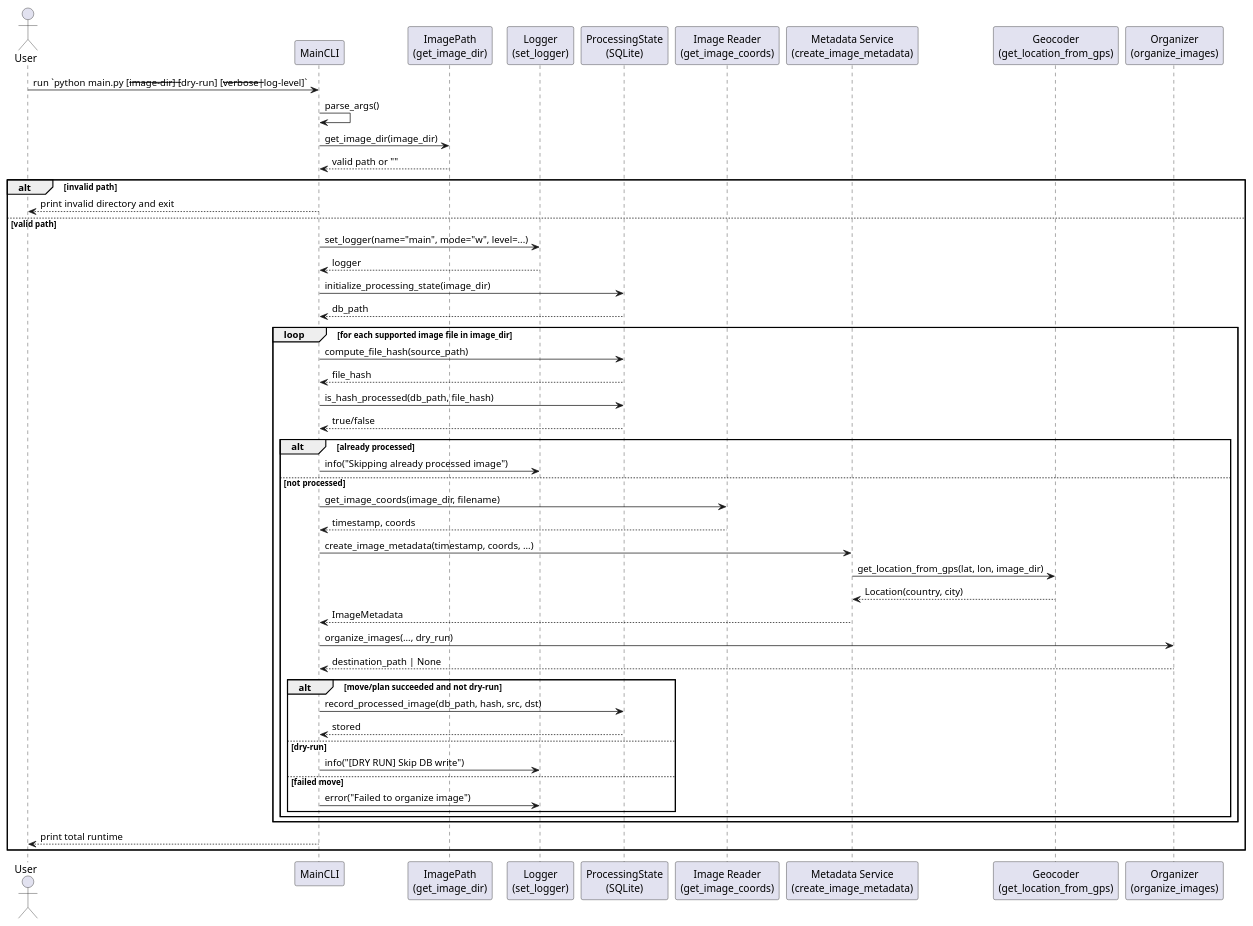
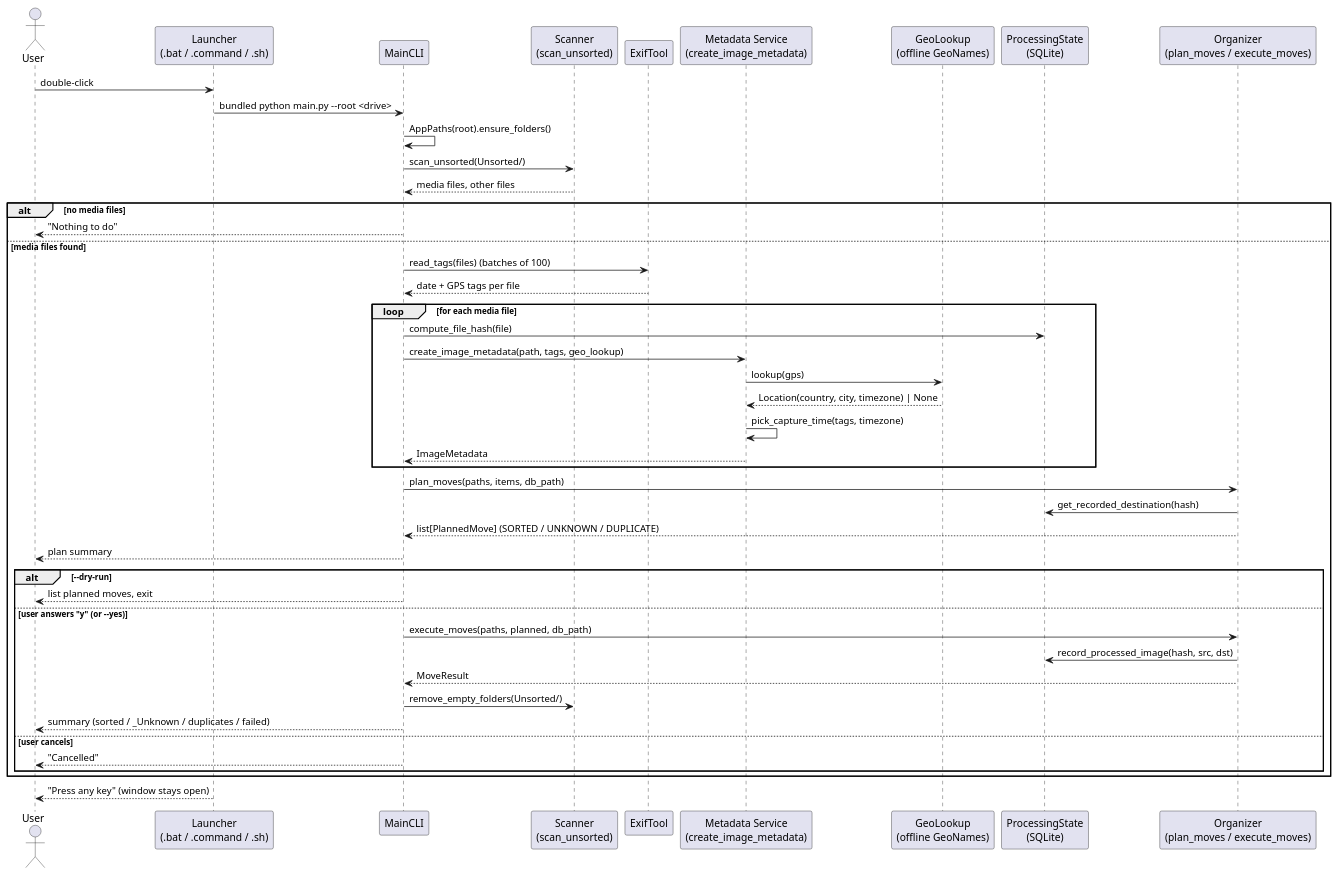
Before and after one commit to ansandnes/image-sorter: the diagram in assets/architecture/diagrams/run_flow.wsd, drawn with PlantUML. The commit also changed 39 other files, not shown here.

First line of the commit message:
Make image sorter portable: run from a USB drive on any OS

```diff
--- a/assets/architecture/diagrams/run_flow.wsd
+++ b/assets/architecture/diagrams/run_flow.wsd
@@ -1,61 +1,54 @@
 @startuml Image-Sorter-Run-Flow
 
 actor User
+participant "Launcher\n(.bat / .command / .sh)" as Launcher
 participant MainCLI
-participant "ImagePath\n(get_image_dir)" as ImagePath
-participant "Logger\n(set_logger)" as Logger
+participant "Scanner\n(scan_unsorted)" as Scanner
+participant "ExifTool" as ExifTool
+participant "Metadata Service\n(create_image_metadata)" as MetadataService
+participant "GeoLookup\n(offline GeoNames)" as GeoLookup
 participant "ProcessingState\n(SQLite)" as ProcessingState
-participant "Image Reader\n(get_image_coords)" as ImageReader
-participant "Metadata Service\n(create_image_metadata)" as MetadataService
-participant "Geocoder\n(get_location_from_gps)" as Geocoder
-participant "Organizer\n(organize_images)" as Organizer
+participant "Organizer\n(plan_moves / execute_moves)" as Organizer
 
-User -> MainCLI: run `python main.py [--image-dir] [--dry-run] [--verbose|--log-level]`
-MainCLI -> MainCLI: parse_args()
-MainCLI -> ImagePath: get_image_dir(image_dir)
-ImagePath --> MainCLI: valid path or ""
+User -> Launcher: double-click
+Launcher -> MainCLI: bundled python main.py --root <drive>
+MainCLI -> MainCLI: AppPaths(root).ensure_folders()
+MainCLI -> Scanner: scan_unsorted(Unsorted/)
+Scanner --> MainCLI: media files, other files
 
-alt invalid path
-    MainCLI --> User: print invalid directory and exit
-else valid path
-    MainCLI -> Logger: set_logger(name="main", mode="w", level=...)
-    Logger --> MainCLI: logger
-    MainCLI -> ProcessingState: initialize_processing_state(image_dir)
-    ProcessingState --> MainCLI: db_path
+alt no media files
+    MainCLI --> User: "Nothing to do"
+else media files found
+    MainCLI -> ExifTool: read_tags(files) (batches of 100)
+    ExifTool --> MainCLI: date + GPS tags per file
 
-    loop for each supported image file in image_dir
-        MainCLI -> ProcessingState: compute_file_hash(source_path)
-        ProcessingState --> MainCLI: file_hash
-
-        MainCLI -> ProcessingState: is_hash_processed(db_path, file_hash)
-        ProcessingState --> MainCLI: true/false
-
-        alt already processed
-            MainCLI -> Logger: info("Skipping already processed image")
-        else not processed
-            MainCLI -> ImageReader: get_image_coords(image_dir, filename)
-            ImageReader --> MainCLI: timestamp, coords
-
-            MainCLI -> MetadataService: create_image_metadata(timestamp, coords, ...)
-            MetadataService -> Geocoder: get_location_from_gps(lat, lon, image_dir)
-            Geocoder --> MetadataService: Location(country, city)
-            MetadataService --> MainCLI: ImageMetadata
-
-            MainCLI -> Organizer: organize_images(..., dry_run)
-            Organizer --> MainCLI: destination_path | None
-
-            alt move/plan succeeded and not dry-run
-                MainCLI -> ProcessingState: record_processed_image(db_path, hash, src, dst)
-                ProcessingState --> MainCLI: stored
-            else dry-run
-                MainCLI -> Logger: info("[DRY RUN] Skip DB write")
-            else failed move
-                MainCLI -> Logger: error("Failed to organize image")
-            end
-        end
+    loop for each media file
+        MainCLI -> ProcessingState: compute_file_hash(file)
+        MainCLI -> MetadataService: create_image_metadata(path, tags, geo_lookup)
+        MetadataService -> GeoLookup: lookup(gps)
+        GeoLookup --> MetadataService: Location(country, city, timezone) | None
+        MetadataService -> MetadataService: pick_capture_time(tags, timezone)
+        MetadataService --> MainCLI: ImageMetadata
     end
 
-    MainCLI --> User: print total runtime
+    MainCLI -> Organizer: plan_moves(paths, items, db_path)
+    Organizer -> ProcessingState: get_recorded_destination(hash)
+    Organizer --> MainCLI: list[PlannedMove] (SORTED / UNKNOWN / DUPLICATE)
+    MainCLI --> User: plan summary
+
+    alt --dry-run
+        MainCLI --> User: list planned moves, exit
+    else user answers "y" (or --yes)
+        MainCLI -> Organizer: execute_moves(paths, planned, db_path)
+        Organizer -> ProcessingState: record_processed_image(hash, src, dst)
+        Organizer --> MainCLI: MoveResult
+        MainCLI -> Scanner: remove_empty_folders(Unsorted/)
+        MainCLI --> User: summary (sorted / _Unknown / duplicates / failed)
+    else user cancels
+        MainCLI --> User: "Cancelled"
+    end
 end
 
+Launcher --> User: "Press any key" (window stays open)
+
 @enduml
```
